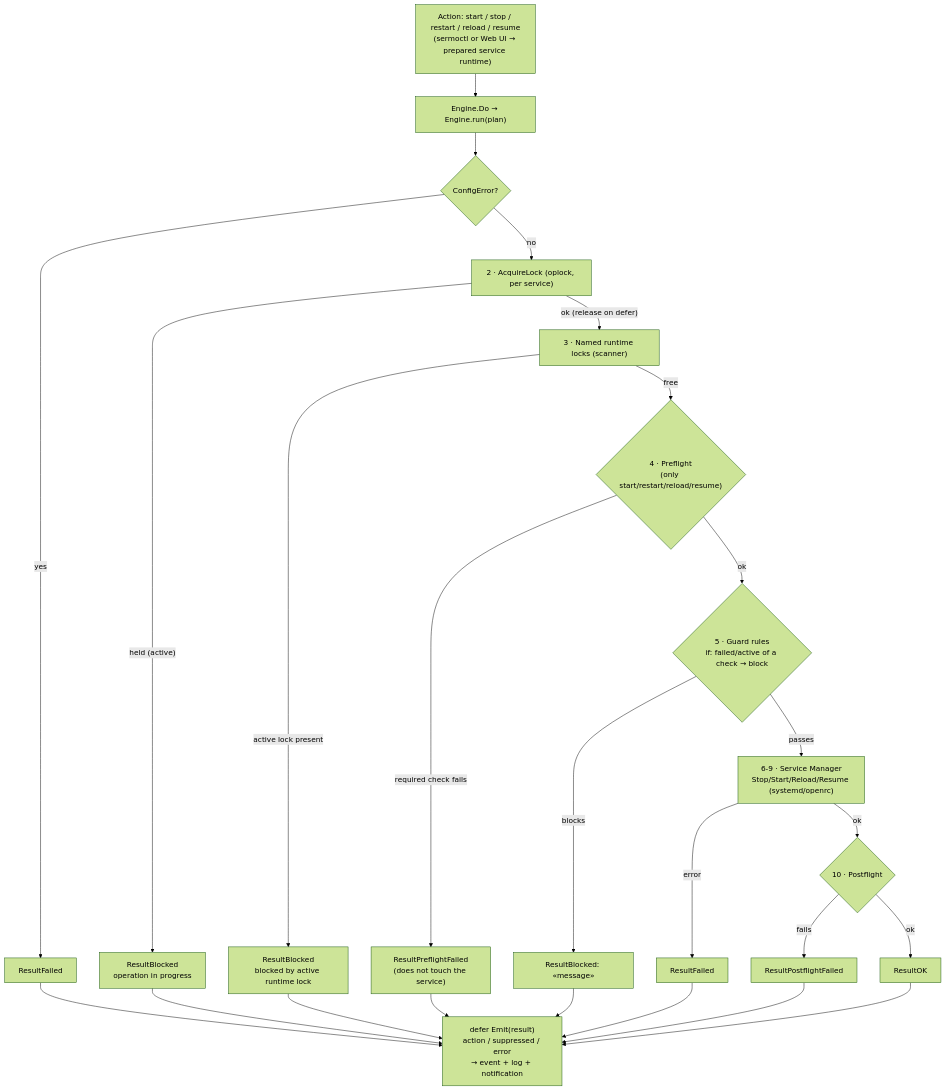
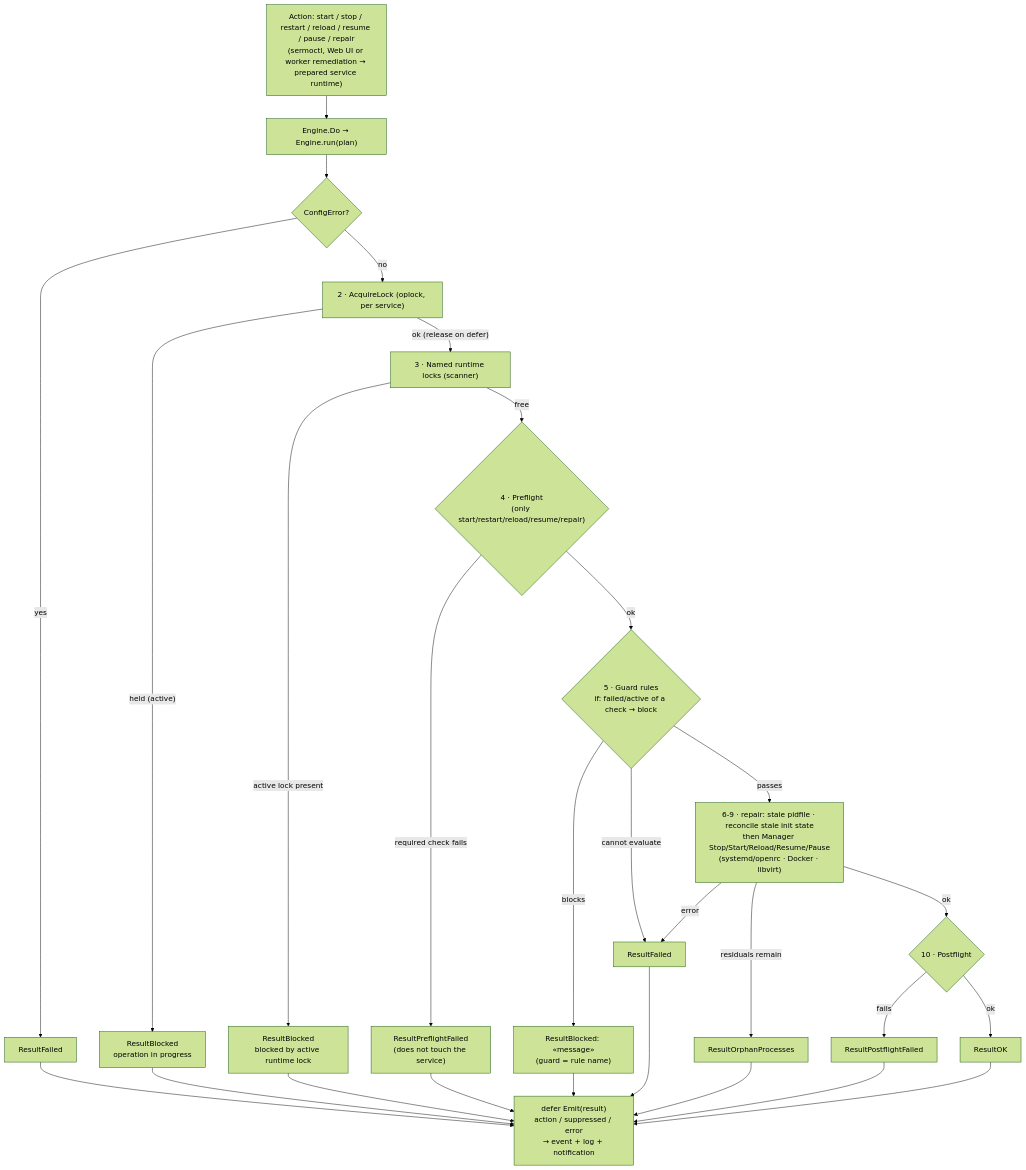
The third of 6 diagrams in docs/architecture.md (inode64/Sermo), drawn with Mermaid (forest theme) before and after one commit. The commit also changed other lines of this file and 25 other files, not shown here.

````diff
--- a/docs/architecture.md
+++ b/docs/architecture.md
@@ -143,28 +148,31 @@
 ```mermaid
 flowchart TD
-  REQ["Action: start / stop / restart / reload / resume<br/>(sermoctl or Web UI → prepared service runtime)"] --> DO["Engine.Do → Engine.run(plan)"]
+  REQ["Action: start / stop / restart / reload / resume / pause / repair<br/>(sermoctl, Web UI or worker remediation → prepared service runtime)"] --> DO["Engine.Do → Engine.run(plan)"]
   DO --> CE{"ConfigError?"}
   CE -- "yes" --> RF1["ResultFailed"]
   CE -- "no" --> L1["2 · AcquireLock (oplock, per service)"]
   L1 -- "held (active)" --> B1["ResultBlocked<br/>operation in progress"]
   L1 -- "ok (release on defer)" --> L2["3 · Named runtime locks (scanner)"]
   L2 -- "active lock present" --> B2["ResultBlocked<br/>blocked by active runtime lock"]
-  L2 -- "free" --> PF{"4 · Preflight<br/>(only start/restart/reload/resume)"}
+  L2 -- "free" --> PF{"4 · Preflight<br/>(only start/restart/reload/resume/repair)"}
   PF -- "required check fails" --> RPF["ResultPreflightFailed<br/>(does not touch the service)"]
   PF -- "ok" --> GD{"5 · Guard rules<br/>if: failed/active of a check → block"}
-  GD -- "blocks" --> B3["ResultBlocked: «message»"]
-  GD -- "passes" --> ACT["6-9 · Service Manager<br/>Stop/Start/Reload/Resume (systemd/openrc)"]
-  ACT -- "error" --> RF2["ResultFailed"]
+  GD -- "blocks" --> B3["ResultBlocked: «message»<br/>(guard = rule name)"]
+  GD -- "cannot evaluate" --> RF2["ResultFailed"]
+  GD -- "passes" --> ACT["6-9 · repair: stale pidfile · reconcile stale init state<br/>then Manager Stop/Start/Reload/Resume/Pause<br/>(systemd/openrc · Docker · libvirt)"]
+  ACT -- "error" --> RF2
+  ACT -- "residuals remain" --> ROR["ResultOrphanProcesses"]
   ACT -- "ok" --> POST{"10 · Postflight"}
   POST -- "fails" --> RPOST["ResultPostflightFailed"]
   POST -- "ok" --> OK["ResultOK"]
 
   B1 --> EMIT
   B2 --> EMIT
   B3 --> EMIT
   RF1 --> EMIT
   RF2 --> EMIT
+  ROR --> EMIT
   RPF --> EMIT
   RPOST --> EMIT
   OK --> EMIT["defer Emit(result)<br/>action / suppressed / error<br/>→ event + log + notification"]
 ```
````
